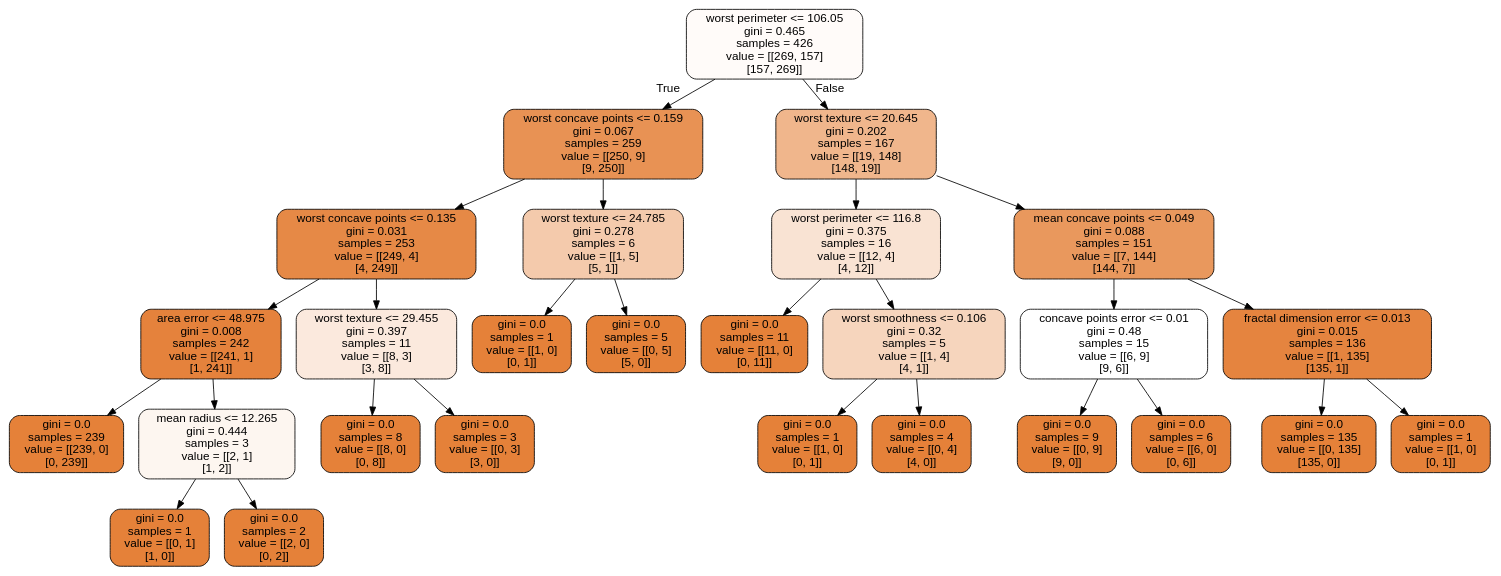
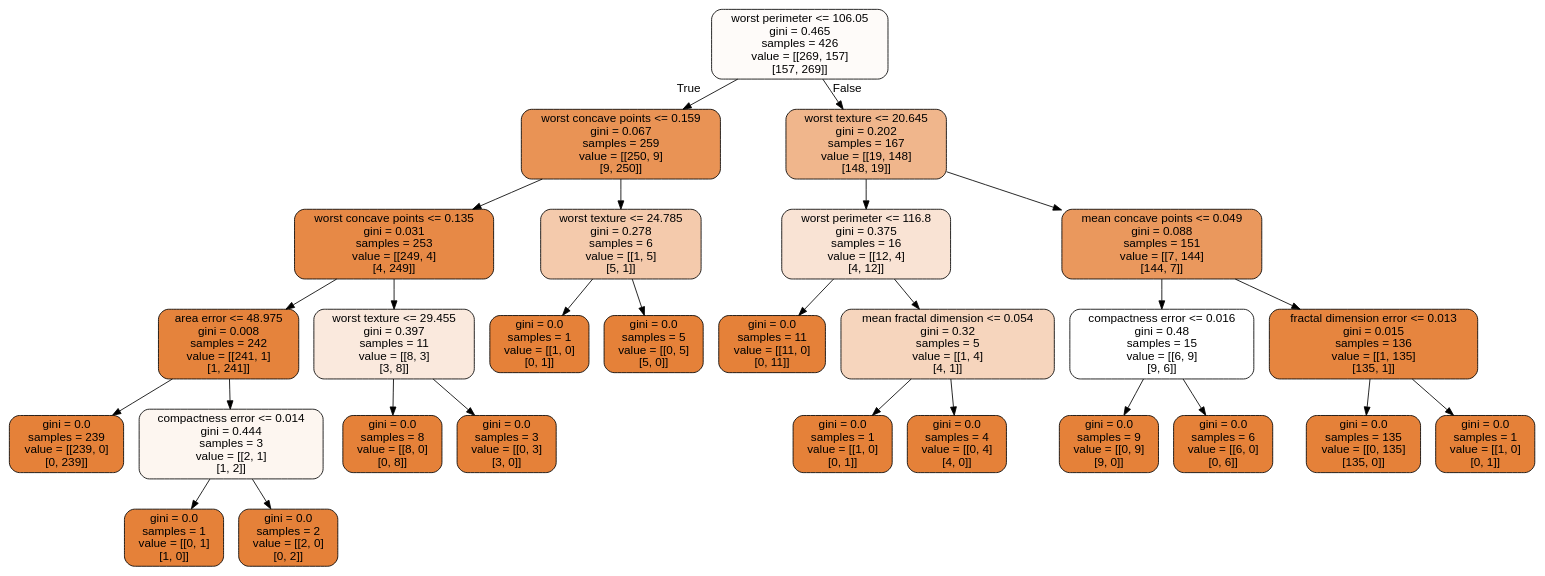
Before and after one commit to mhjensen/MachineLearningMSU-FRIB2020: the diagram in doc/pub/DecisionTrees/ipynb/DataFiles/cancer.dot, drawn with Graphviz. The commit also changed 14 other files, not shown here.

```diff
--- a/doc/pub/DecisionTrees/ipynb/DataFiles/cancer.dot
+++ b/doc/pub/DecisionTrees/ipynb/DataFiles/cancer.dot
@@ -1,57 +1,57 @@
 digraph Tree {
 node [shape=box, style="filled, rounded", color="black", fontname=helvetica] ;
 edge [fontname=helvetica] ;
-0 [label="worst perimeter <= 106.05\ngini = 0.465\nsamples = 426\nvalue = [[269, 157]\n[157, 269]]", fillcolor="#e5813908"] ;
-1 [label="worst concave points <= 0.159\ngini = 0.067\nsamples = 259\nvalue = [[250, 9]\n[9, 250]]", fillcolor="#e58139db"] ;
+0 [label="worst perimeter <= 106.05\ngini = 0.465\nsamples = 426\nvalue = [[269, 157]\n[157, 269]]", fillcolor="#fefbf9"] ;
+1 [label="worst concave points <= 0.159\ngini = 0.067\nsamples = 259\nvalue = [[250, 9]\n[9, 250]]", fillcolor="#e99355"] ;
 0 -> 1 [labeldistance=2.5, labelangle=45, headlabel="True"] ;
-2 [label="worst concave points <= 0.135\ngini = 0.031\nsamples = 253\nvalue = [[249, 4]\n[4, 249]]", fillcolor="#e58139ee"] ;
+2 [label="worst concave points <= 0.135\ngini = 0.031\nsamples = 253\nvalue = [[249, 4]\n[4, 249]]", fillcolor="#e78946"] ;
 1 -> 2 ;
-3 [label="area error <= 48.975\ngini = 0.008\nsamples = 242\nvalue = [[241, 1]\n[1, 241]]", fillcolor="#e58139fb"] ;
+3 [label="area error <= 48.975\ngini = 0.008\nsamples = 242\nvalue = [[241, 1]\n[1, 241]]", fillcolor="#e5833c"] ;
 2 -> 3 ;
-4 [label="gini = 0.0\nsamples = 239\nvalue = [[239, 0]\n[0, 239]]", fillcolor="#e58139ff"] ;
+4 [label="gini = 0.0\nsamples = 239\nvalue = [[239, 0]\n[0, 239]]", fillcolor="#e58139"] ;
 3 -> 4 ;
-5 [label="mean radius <= 12.265\ngini = 0.444\nsamples = 3\nvalue = [[2, 1]\n[1, 2]]", fillcolor="#e5813913"] ;
+5 [label="compactness error <= 0.014\ngini = 0.444\nsamples = 3\nvalue = [[2, 1]\n[1, 2]]", fillcolor="#fdf6f0"] ;
 3 -> 5 ;
-6 [label="gini = 0.0\nsamples = 1\nvalue = [[0, 1]\n[1, 0]]", fillcolor="#e58139ff"] ;
+6 [label="gini = 0.0\nsamples = 1\nvalue = [[0, 1]\n[1, 0]]", fillcolor="#e58139"] ;
 5 -> 6 ;
-7 [label="gini = 0.0\nsamples = 2\nvalue = [[2, 0]\n[0, 2]]", fillcolor="#e58139ff"] ;
+7 [label="gini = 0.0\nsamples = 2\nvalue = [[2, 0]\n[0, 2]]", fillcolor="#e58139"] ;
 5 -> 7 ;
-8 [label="worst texture <= 29.455\ngini = 0.397\nsamples = 11\nvalue = [[8, 3]\n[3, 8]]", fillcolor="#e581392c"] ;
+8 [label="worst texture <= 29.455\ngini = 0.397\nsamples = 11\nvalue = [[8, 3]\n[3, 8]]", fillcolor="#fae9dd"] ;
 2 -> 8 ;
-9 [label="gini = 0.0\nsamples = 8\nvalue = [[8, 0]\n[0, 8]]", fillcolor="#e58139ff"] ;
+9 [label="gini = 0.0\nsamples = 8\nvalue = [[8, 0]\n[0, 8]]", fillcolor="#e58139"] ;
 8 -> 9 ;
-10 [label="gini = 0.0\nsamples = 3\nvalue = [[0, 3]\n[3, 0]]", fillcolor="#e58139ff"] ;
+10 [label="gini = 0.0\nsamples = 3\nvalue = [[0, 3]\n[3, 0]]", fillcolor="#e58139"] ;
 8 -> 10 ;
-11 [label="worst texture <= 24.785\ngini = 0.278\nsamples = 6\nvalue = [[1, 5]\n[5, 1]]", fillcolor="#e581396b"] ;
+11 [label="worst texture <= 24.785\ngini = 0.278\nsamples = 6\nvalue = [[1, 5]\n[5, 1]]", fillcolor="#f4caac"] ;
 1 -> 11 ;
-12 [label="gini = 0.0\nsamples = 1\nvalue = [[1, 0]\n[0, 1]]", fillcolor="#e58139ff"] ;
+12 [label="gini = 0.0\nsamples = 1\nvalue = [[1, 0]\n[0, 1]]", fillcolor="#e58139"] ;
 11 -> 12 ;
-13 [label="gini = 0.0\nsamples = 5\nvalue = [[0, 5]\n[5, 0]]", fillcolor="#e58139ff"] ;
+13 [label="gini = 0.0\nsamples = 5\nvalue = [[0, 5]\n[5, 0]]", fillcolor="#e58139"] ;
 11 -> 13 ;
-14 [label="worst texture <= 20.645\ngini = 0.202\nsamples = 167\nvalue = [[19, 148]\n[148, 19]]", fillcolor="#e5813994"] ;
+14 [label="worst texture <= 20.645\ngini = 0.202\nsamples = 167\nvalue = [[19, 148]\n[148, 19]]", fillcolor="#f0b68c"] ;
 0 -> 14 [labeldistance=2.5, labelangle=-45, headlabel="False"] ;
-15 [label="worst perimeter <= 116.8\ngini = 0.375\nsamples = 16\nvalue = [[12, 4]\n[4, 12]]", fillcolor="#e5813938"] ;
+15 [label="worst perimeter <= 116.8\ngini = 0.375\nsamples = 16\nvalue = [[12, 4]\n[4, 12]]", fillcolor="#f9e3d4"] ;
 14 -> 15 ;
-16 [label="gini = 0.0\nsamples = 11\nvalue = [[11, 0]\n[0, 11]]", fillcolor="#e58139ff"] ;
+16 [label="gini = 0.0\nsamples = 11\nvalue = [[11, 0]\n[0, 11]]", fillcolor="#e58139"] ;
 15 -> 16 ;
-17 [label="worst smoothness <= 0.106\ngini = 0.32\nsamples = 5\nvalue = [[1, 4]\n[4, 1]]", fillcolor="#e5813955"] ;
+17 [label="mean fractal dimension <= 0.054\ngini = 0.32\nsamples = 5\nvalue = [[1, 4]\n[4, 1]]", fillcolor="#f6d5bd"] ;
 15 -> 17 ;
-18 [label="gini = 0.0\nsamples = 1\nvalue = [[1, 0]\n[0, 1]]", fillcolor="#e58139ff"] ;
+18 [label="gini = 0.0\nsamples = 1\nvalue = [[1, 0]\n[0, 1]]", fillcolor="#e58139"] ;
 17 -> 18 ;
-19 [label="gini = 0.0\nsamples = 4\nvalue = [[0, 4]\n[4, 0]]", fillcolor="#e58139ff"] ;
+19 [label="gini = 0.0\nsamples = 4\nvalue = [[0, 4]\n[4, 0]]", fillcolor="#e58139"] ;
 17 -> 19 ;
-20 [label="mean concave points <= 0.049\ngini = 0.088\nsamples = 151\nvalue = [[7, 144]\n[144, 7]]", fillcolor="#e58139d0"] ;
+20 [label="mean concave points <= 0.049\ngini = 0.088\nsamples = 151\nvalue = [[7, 144]\n[144, 7]]", fillcolor="#ea985d"] ;
 14 -> 20 ;
-21 [label="concave points error <= 0.01\ngini = 0.48\nsamples = 15\nvalue = [[6, 9]\n[9, 6]]", fillcolor="#e5813900"] ;
+21 [label="compactness error <= 0.016\ngini = 0.48\nsamples = 15\nvalue = [[6, 9]\n[9, 6]]", fillcolor="#ffffff"] ;
 20 -> 21 ;
-22 [label="gini = 0.0\nsamples = 9\nvalue = [[0, 9]\n[9, 0]]", fillcolor="#e58139ff"] ;
+22 [label="gini = 0.0\nsamples = 9\nvalue = [[0, 9]\n[9, 0]]", fillcolor="#e58139"] ;
 21 -> 22 ;
-23 [label="gini = 0.0\nsamples = 6\nvalue = [[6, 0]\n[0, 6]]", fillcolor="#e58139ff"] ;
+23 [label="gini = 0.0\nsamples = 6\nvalue = [[6, 0]\n[0, 6]]", fillcolor="#e58139"] ;
 21 -> 23 ;
-24 [label="fractal dimension error <= 0.013\ngini = 0.015\nsamples = 136\nvalue = [[1, 135]\n[135, 1]]", fillcolor="#e58139f7"] ;
+24 [label="fractal dimension error <= 0.013\ngini = 0.015\nsamples = 136\nvalue = [[1, 135]\n[135, 1]]", fillcolor="#e6853f"] ;
 20 -> 24 ;
-25 [label="gini = 0.0\nsamples = 135\nvalue = [[0, 135]\n[135, 0]]", fillcolor="#e58139ff"] ;
+25 [label="gini = 0.0\nsamples = 135\nvalue = [[0, 135]\n[135, 0]]", fillcolor="#e58139"] ;
 24 -> 25 ;
-26 [label="gini = 0.0\nsamples = 1\nvalue = [[1, 0]\n[0, 1]]", fillcolor="#e58139ff"] ;
+26 [label="gini = 0.0\nsamples = 1\nvalue = [[1, 0]\n[0, 1]]", fillcolor="#e58139"] ;
 24 -> 26 ;
 }
```
